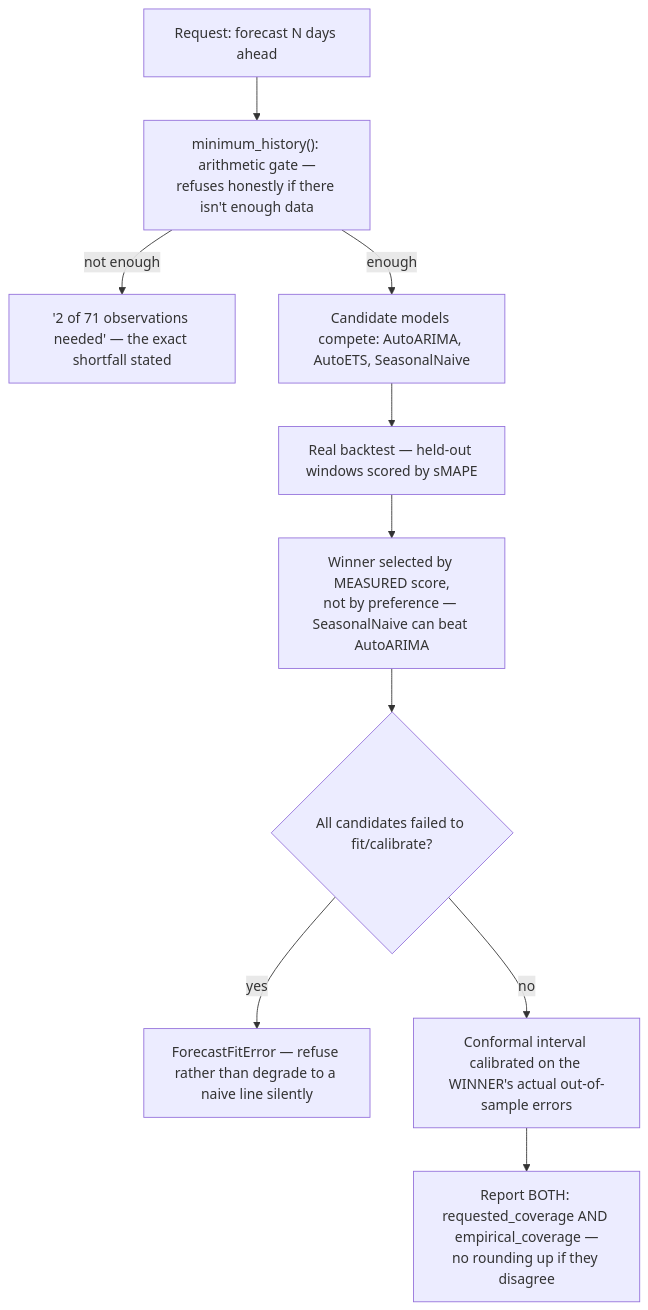
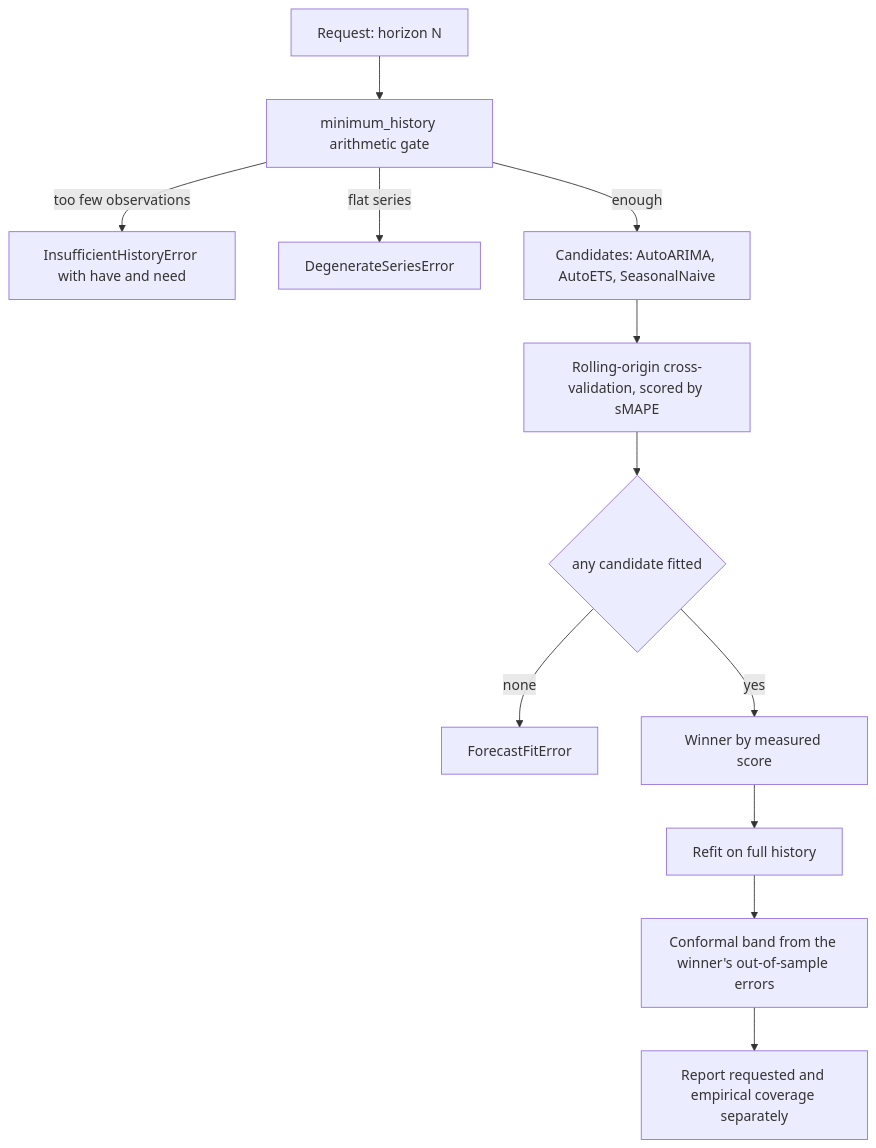
One commit to yrevash/aegis changed the diagram in docs/teaching/forecast.md. Above: the diagram before and after it, drawn with Mermaid. The commit also changed other lines of this file and 29 other files, not shown here.

````diff
--- a/docs/teaching/forecast.md
+++ b/docs/teaching/forecast.md
@@ -25,12 +24,14 @@
 ```mermaid
 flowchart TD
-    A[Request: forecast N days ahead] --> B["minimum_history(): arithmetic gate —<br/>refuses honestly if there isn't enough data"]
-    B -->|not enough| REFUSE["'2 of 71 observations needed' — the exact shortfall stated"]
-    B -->|enough| C["Candidate models compete: AutoARIMA, AutoETS, SeasonalNaive"]
-    C --> D["Real backtest — held-out windows scored by sMAPE"]
-    D --> E["Winner selected by MEASURED score,<br/>not by preference — SeasonalNaive can beat AutoARIMA"]
-    E --> F{All candidates failed to fit/calibrate?}
-    F -->|yes| G["ForecastFitError — refuse rather than degrade to a naive line silently"]
-    F -->|no| H["Conformal interval calibrated on the WINNER's actual out-of-sample errors"]
-    H --> I["Report BOTH: requested_coverage AND empirical_coverage —<br/>no rounding up if they disagree"]
+    A["Request: horizon N"] --> B[minimum_history arithmetic gate]
+    B -->|too few observations| R1[InsufficientHistoryError with have and need]
+    B -->|flat series| R2[DegenerateSeriesError]
+    B -->|enough| C["Candidates: AutoARIMA, AutoETS, SeasonalNaive"]
+    C --> D[Rolling-origin cross-validation, scored by sMAPE]
+    D --> E{any candidate fitted}
+    E -->|none| R3[ForecastFitError]
+    E -->|yes| F[Winner by measured score]
+    F --> G[Refit on full history]
+    G --> H[Conformal band from the winner's out-of-sample errors]
+    H --> I[Report requested and empirical coverage separately]
 ```
````
